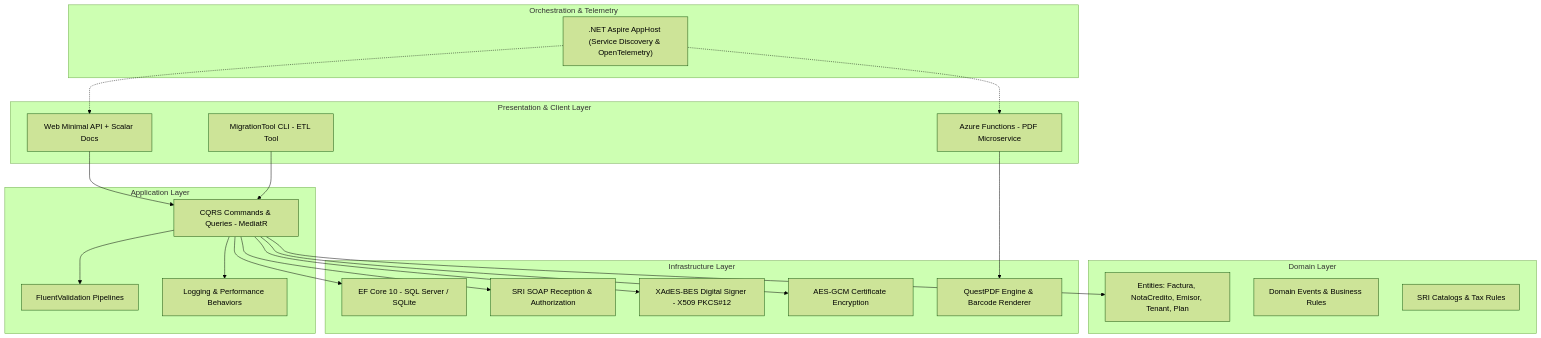
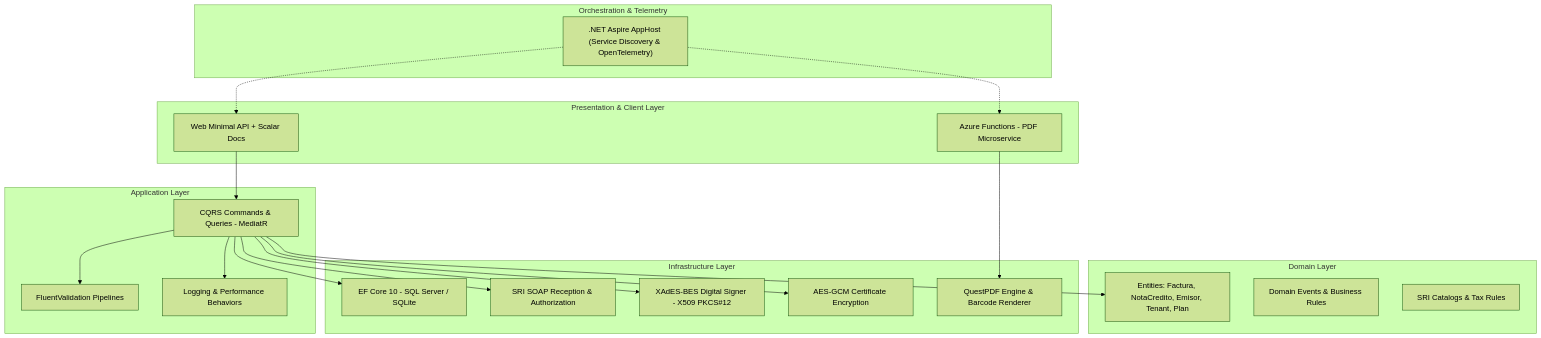
Before and after one commit to andress18/BillingSaaS: the diagram in README.md, drawn with Mermaid (forest theme). The commit also changed other lines of this file and 3 other files, not shown here.

Commit message:
Exclude MigrationTool from git tracking and repository solution

````diff
--- a/README.md
+++ b/README.md
@@ -20,45 +20,43 @@
 ```mermaid
 graph TD
     subgraph Presentation & Client Layer
         Web[Web Minimal API + Scalar Docs]
         Func[Azure Functions - PDF Microservice]
-        Migrator[MigrationTool CLI - ETL Tool]
     end
 
     subgraph Application Layer
         CQRS[CQRS Commands & Queries - MediatR]
         Val[FluentValidation Pipelines]
         Beh[Logging & Performance Behaviors]
     end
 
     subgraph Domain Layer
         Entities[Entities: Factura, NotaCredito, Emisor, Tenant, Plan]
         DomainEvents[Domain Events & Business Rules]
         Constants[SRI Catalogs & Tax Rules]
     end
 
     subgraph Infrastructure Layer
         EFCore[EF Core 10 - SQL Server / SQLite]
         SriService[SRI SOAP Reception & Authorization]
         Signer[XAdES-BES Digital Signer - X509 PKCS#12]
         Crypto[AES-GCM Certificate Encryption]
         PDF[QuestPDF Engine & Barcode Renderer]
     end
 
     subgraph Orchestration & Telemetry
         Aspire[".NET Aspire AppHost (Service Discovery & OpenTelemetry)"]
     end
 
     Web --> CQRS
     Func --> PDF
-    Migrator --> CQRS
     CQRS --> Entities
     CQRS --> Val
     CQRS --> Beh
     CQRS --> EFCore
     CQRS --> SriService
     CQRS --> Signer
     CQRS --> Crypto
     Aspire -.-> Web
     Aspire -.-> Func
 ```
````
